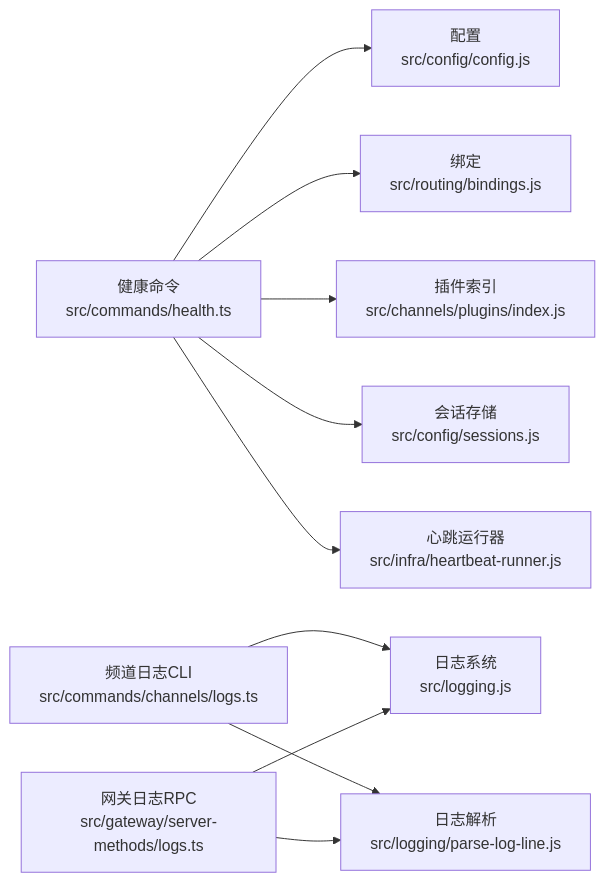
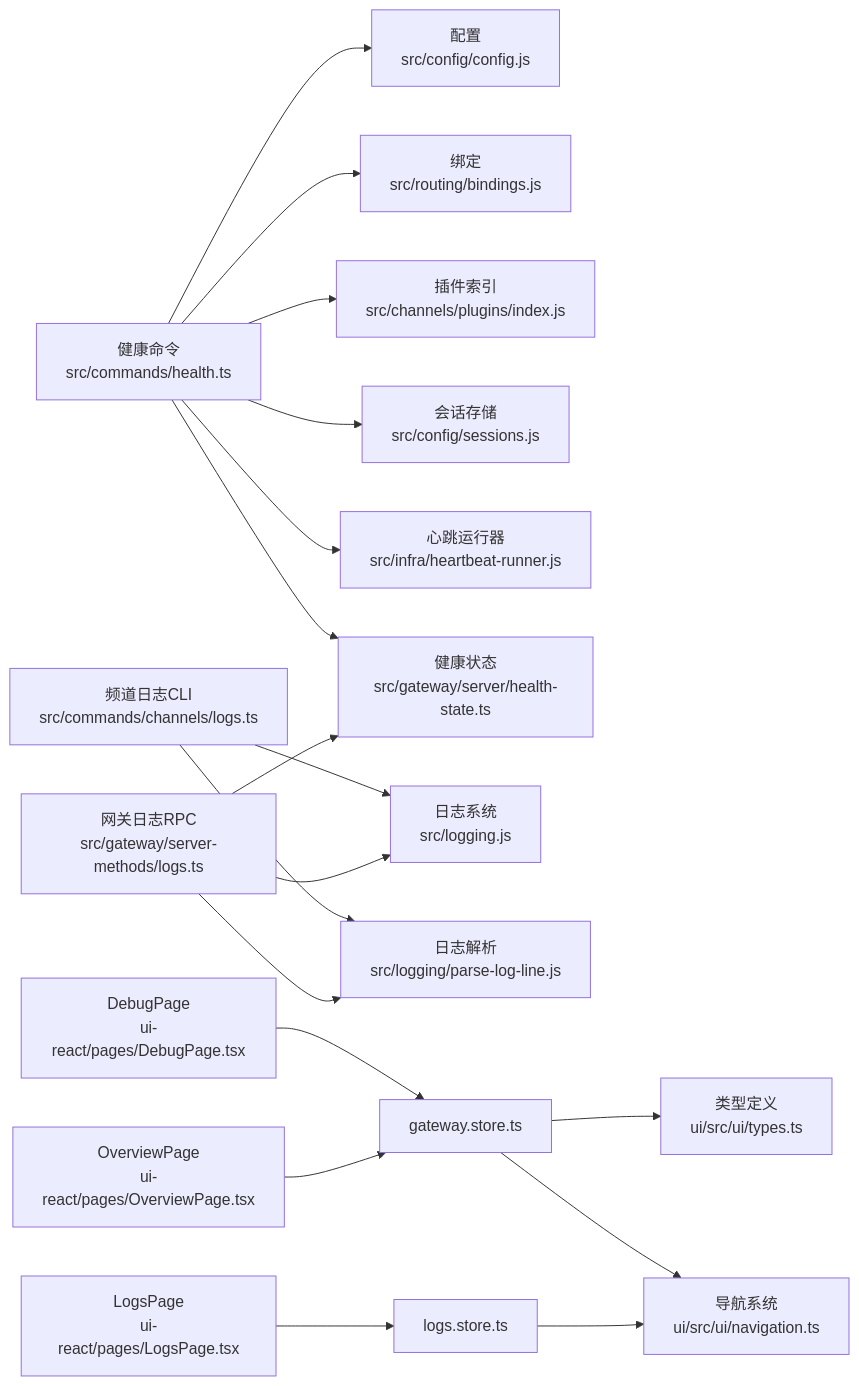
One commit to verse-ai-org/openclaw changed the sixth of 6 diagrams in .qoder/repowiki/zh/content/网关服务器/监控与诊断.md. Above: the diagram before and after it, drawn with Mermaid. The commit also changed other lines of this file and 46 other files, not shown here.

````diff
--- a/.qoder/repowiki/zh/content/网关服务器/监控与诊断.md
+++ b/.qoder/repowiki/zh/content/网关服务器/监控与诊断.md
@@ -299,12 +555,20 @@
 ```mermaid
 graph LR
 HealthCmd["健康命令<br/>src/commands/health.ts"] --> Cfg["配置<br/>src/config/config.js"]
 HealthCmd --> Bind["绑定<br/>src/routing/bindings.js"]
 HealthCmd --> Plg["插件索引<br/>src/channels/plugins/index.js"]
 HealthCmd --> Sess["会话存储<br/>src/config/sessions.js"]
 HealthCmd --> HBRun["心跳运行器<br/>src/infra/heartbeat-runner.js"]
+HealthCmd --> HealthState["健康状态<br/>src/gateway/server/health-state.ts"]
 LogsCmd["频道日志CLI<br/>src/commands/channels/logs.ts"] --> LogSys["日志系统<br/>src/logging.js"]
 LogsCmd --> LogParse["日志解析<br/>src/logging/parse-log-line.js"]
 GWLogs["网关日志RPC<br/>src/gateway/server-methods/logs.ts"] --> LogSys
 GWLogs --> LogParse
+GWLogs --> HealthState
+DebugPage["DebugPage<br/>ui-react/pages/DebugPage.tsx"] --> GatewayStore["gateway.store.ts"]
+LogsPage["LogsPage<br/>ui-react/pages/LogsPage.tsx"] --> LogsStore["logs.store.ts"]
+OverviewPage["OverviewPage<br/>ui-react/pages/OverviewPage.tsx"] --> GatewayStore
+GatewayStore --> Types["类型定义<br/>ui/src/ui/types.ts"]
+GatewayStore --> Nav["导航系统<br/>ui/src/ui/navigation.ts"]
+LogsStore --> Nav
 ```
````
